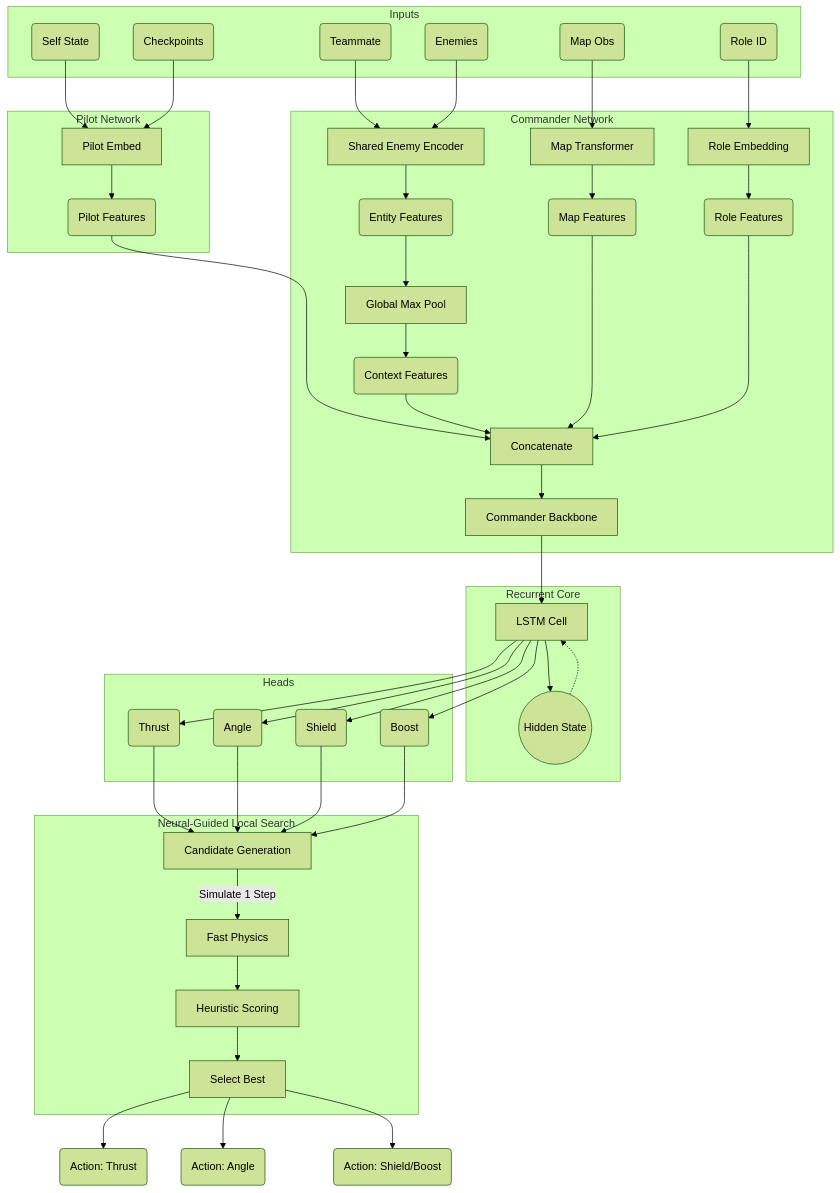
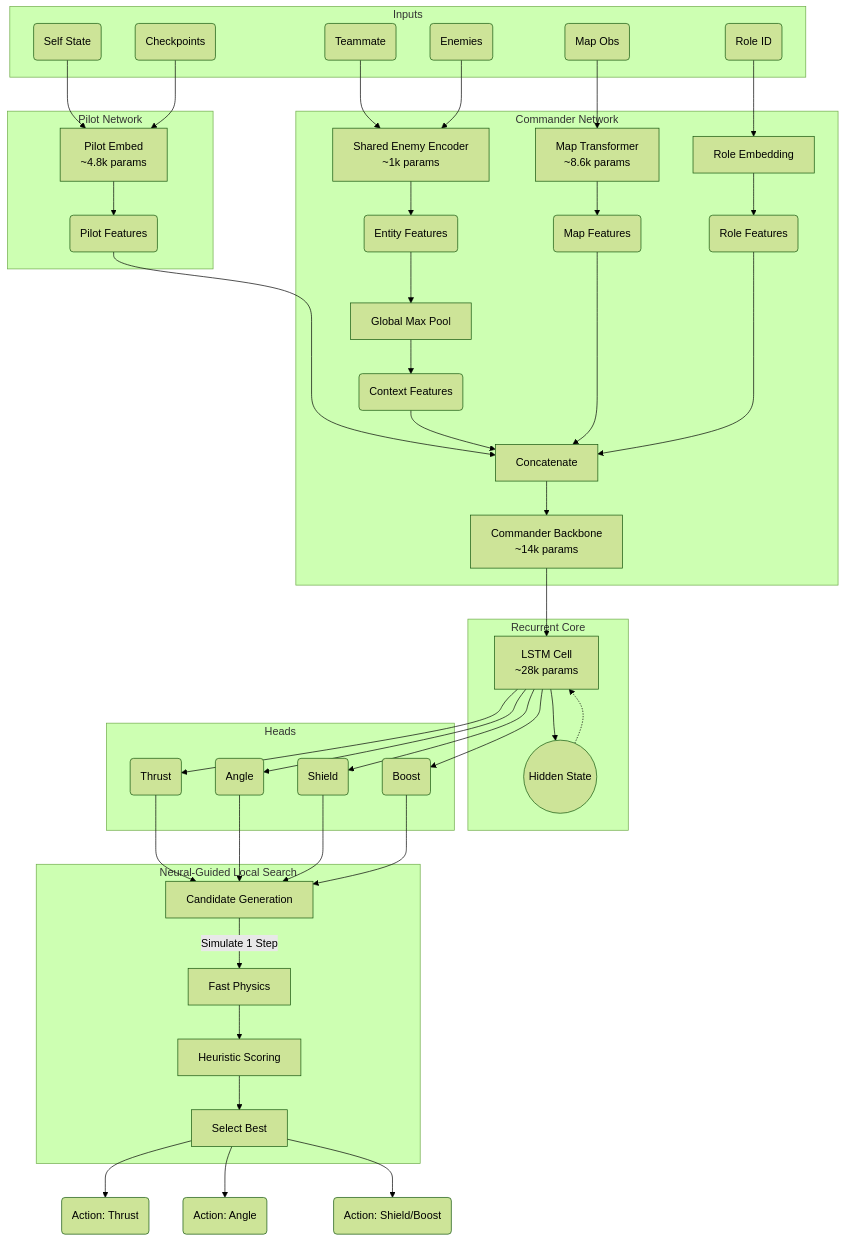
One commit to Vietnoirien/Sebulba-s-Legacy changed the diagram in docs/submission.md. Above: the diagram before and after it, drawn with Mermaid (forest theme). The commit also changed other lines of this file and 2 other files, not shown here.

Commit message:
docs: add model parameter counts to architecture and submission docs

````diff
--- a/docs/submission.md
+++ b/docs/submission.md
@@ -43,56 +43,56 @@
 ```mermaid
 graph TD
     subgraph Inputs
     S(Self State)
     CP(Checkpoints)
     TM(Teammate)
     EN(Enemies)
     Map(Map Obs)
     R(Role ID)
     end
 
     subgraph "Pilot Network"
-    S & CP --> PE[Pilot Embed]
+    S & CP --> PE[Pilot Embed<br/>~4.8k params]
     PE --> P_Feat(Pilot Features)
     end
 
     subgraph "Commander Network"
-    TM & EN --> EE[Shared Enemy Encoder]
+    TM & EN --> EE[Shared Enemy Encoder<br/>~1k params]
     EE --> E_Feat(Entity Features)
     E_Feat --> GMP[Global Max Pool]
     GMP --> C_Feat(Context Features)
     
-    Map --> MT[Map Transformer]
+    Map --> MT[Map Transformer<br/>~8.6k params]
     MT --> M_Feat(Map Features)
     
     R --> RE[Role Embedding]
     RE --> R_Feat(Role Features)
     
     P_Feat & C_Feat & M_Feat & R_Feat --> Concat[Concatenate]
-    Concat --> CB[Commander Backbone]
+    Concat --> CB[Commander Backbone<br/>~14k params]
     end
 
     subgraph "Recurrent Core"
-    CB --> LSTM[LSTM Cell]
+    CB --> LSTM[LSTM Cell<br/>~28k params]
     LSTM --> H((Hidden State))
     H -.-> LSTM
     end
 
     subgraph Heads
     LSTM --> H_Th(Thrust)
     LSTM --> H_Ang(Angle)
     LSTM --> H_Sh(Shield)
     LSTM --> H_Bo(Boost)
     end
 
     subgraph "Neural-Guided Local Search"
     H_Th & H_Ang & H_Sh & H_Bo --> Gen[Candidate Generation]
     Gen --> |Simulate 1 Step| Sim[Fast Physics]
     Sim --> Score[Heuristic Scoring]
     Score --> Select[Select Best]
     end
 
     Select --> Out_Th(Action: Thrust)
     Select --> Out_Ang(Action: Angle)
     Select --> Out_Misc(Action: Shield/Boost)
 ```
````
